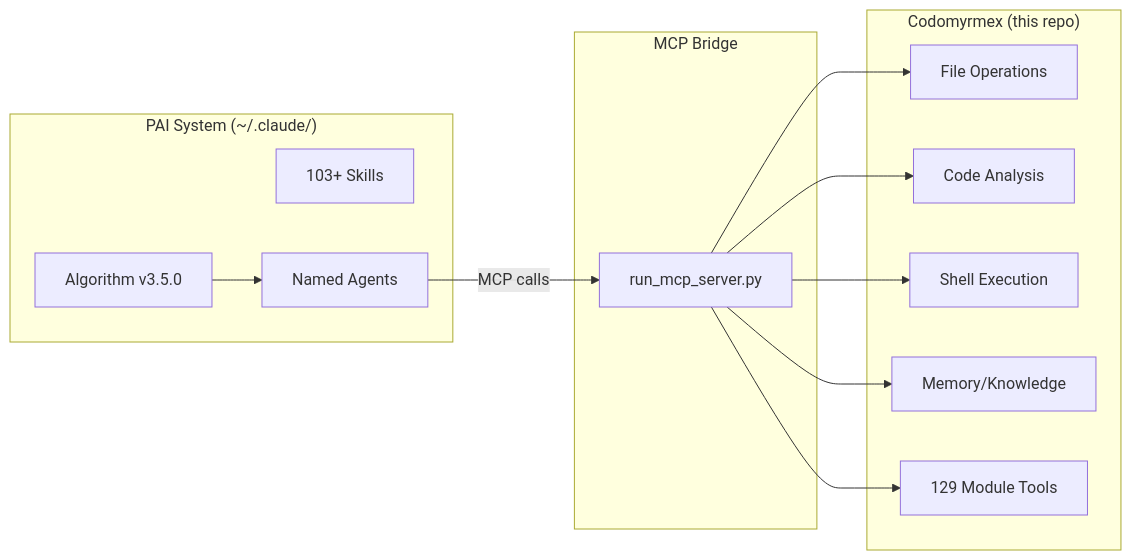
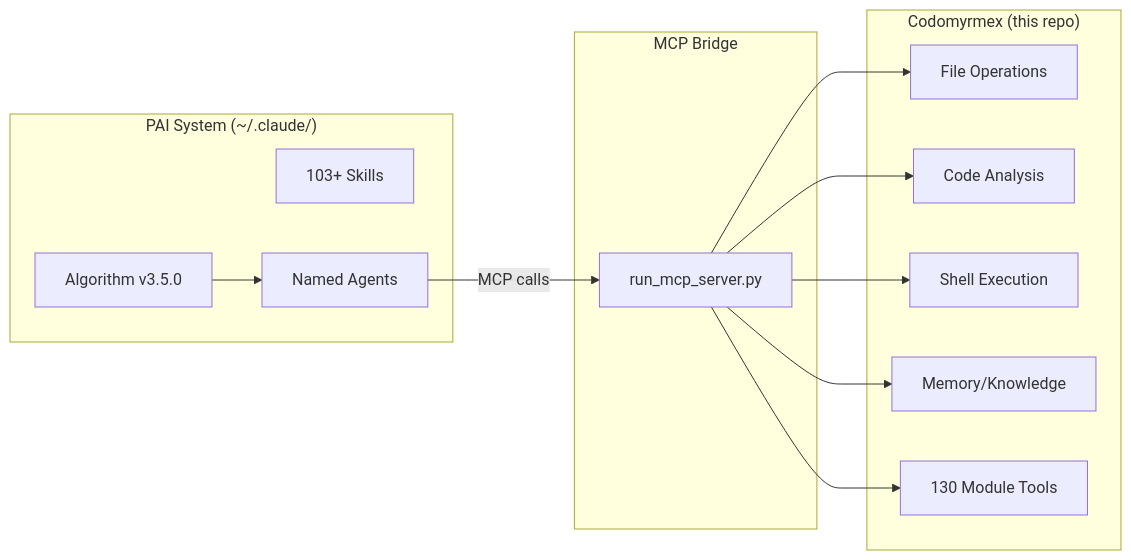
Before and after one commit to docxology/codomyrmex: the diagram in PAI.md, drawn with Mermaid. The commit also changed other lines of this file and 287 other files, not shown here.

````diff
--- a/PAI.md
+++ b/PAI.md
@@ -35,28 +37,28 @@
 ```mermaid
 graph LR
     subgraph PAI ["PAI System (~/.claude/)"]
         Algo["Algorithm v3.5.0"]
         Skills["103+ Skills"]
         Agents["Named Agents"]
     end
 
     subgraph Bridge ["MCP Bridge"]
         Server["run_mcp_server.py"]
     end
 
     subgraph Codomyrmex ["Codomyrmex (this repo)"]
         FileOps["File Operations"]
         CodeAnalysis["Code Analysis"]
         Shell["Shell Execution"]
         Memory["Memory/Knowledge"]
-        Modules["129 Module Tools"]
+        Modules["130 Module Tools"]
     end
 
     Algo --> Agents
     Agents -->|"MCP calls"| Server
     Server --> FileOps
     Server --> CodeAnalysis
     Server --> Shell
     Server --> Memory
     Server --> Modules
 ```
````
